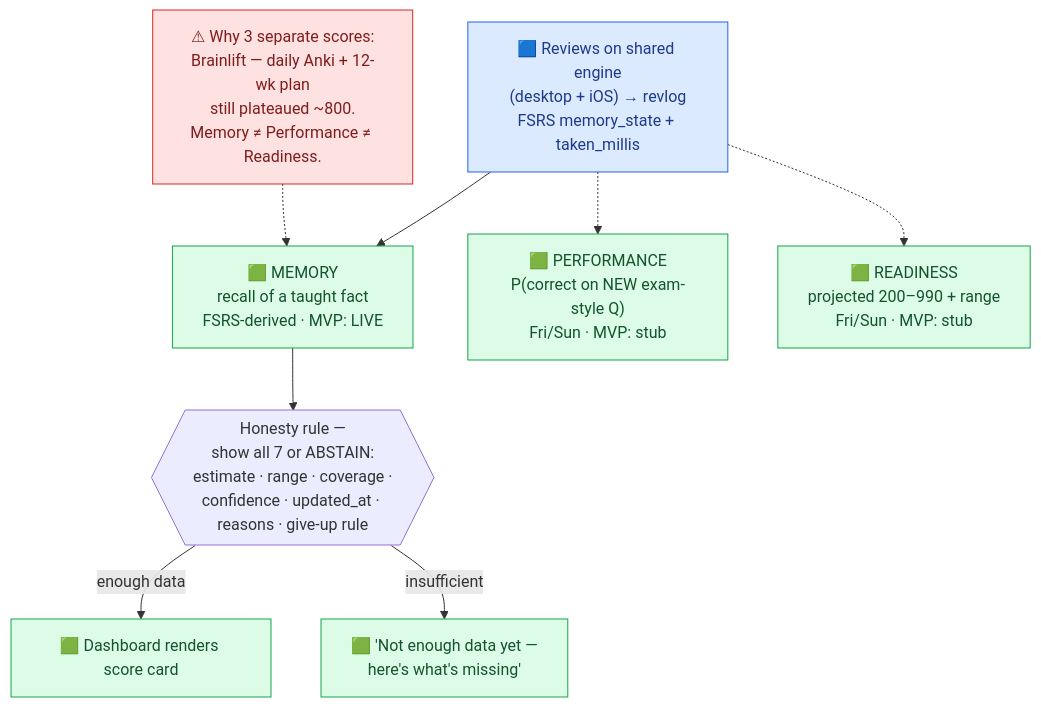
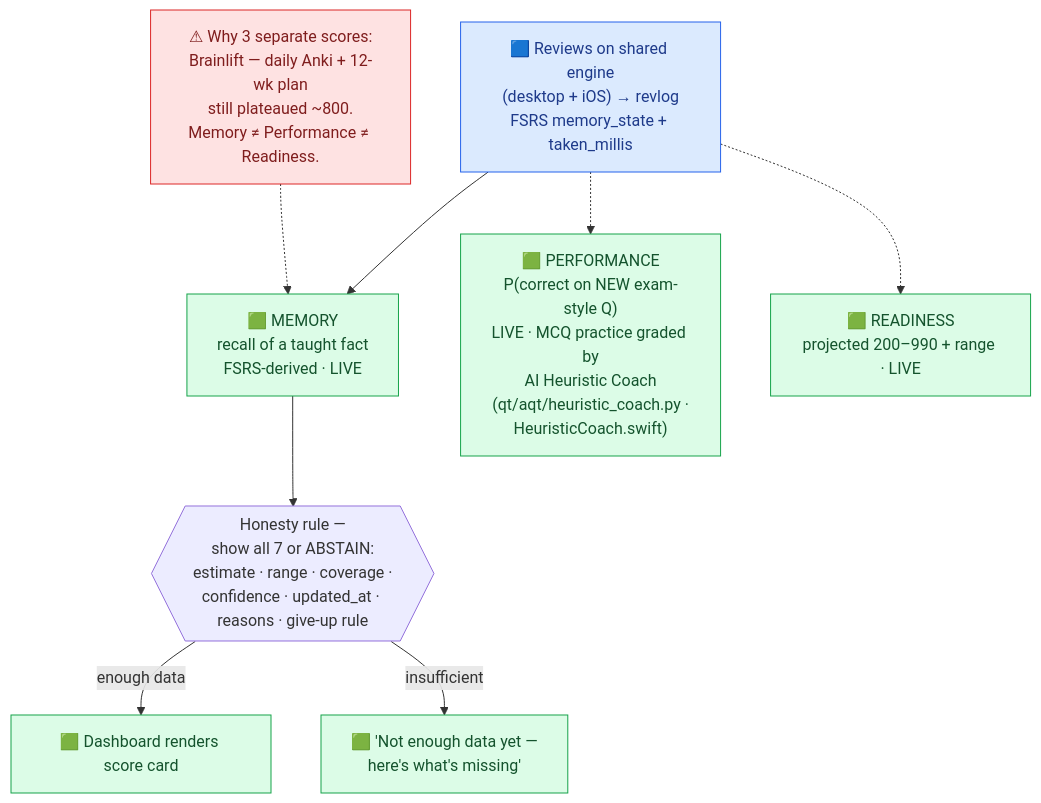
One commit to Gaurav-G141/anki changed the third of 5 diagrams in ARCHITECTURE_DIAGRAM.md. Above: the diagram before and after it, drawn with Mermaid. The commit also changed other lines of this file and 40 other files, not shown here.

````diff
--- a/ARCHITECTURE_DIAGRAM.md
+++ b/ARCHITECTURE_DIAGRAM.md
@@ -152,22 +152,22 @@
 ```mermaid
 flowchart TD
     REV["🟦 Reviews on shared engine<br/>(desktop + iOS) → revlog<br/>FSRS memory_state + taken_millis"]
 
-    REV --> MEM["🟩 MEMORY<br/>recall of a taught fact<br/>FSRS-derived · MVP: LIVE"]
-    REV -.-> PERF["🟩 PERFORMANCE<br/>P(correct on NEW exam-style Q)<br/>Fri/Sun · MVP: stub"]
-    REV -.-> READY["🟩 READINESS<br/>projected 200–990 + range<br/>Fri/Sun · MVP: stub"]
+    REV --> MEM["🟩 MEMORY<br/>recall of a taught fact<br/>FSRS-derived · LIVE"]
+    REV -.-> PERF["🟩 PERFORMANCE<br/>P(correct on NEW exam-style Q)<br/>LIVE · MCQ practice graded by<br/>AI Heuristic Coach<br/>(qt/aqt/heuristic_coach.py ·<br/>HeuristicCoach.swift)"]
+    REV -.-> READY["🟩 READINESS<br/>projected 200–990 + range · LIVE"]
 
     MEM --> HON{{"Honesty rule —<br/>show all 7 or ABSTAIN:<br/>estimate · range · coverage ·<br/>confidence · updated_at · reasons · give-up rule"}}
     HON -->|enough data| SHOW["🟩 Dashboard renders score card"]
     HON -->|insufficient| ABS["🟩 'Not enough data yet —<br/>here's what's missing'"]
 
     NOTE["⚠ Why 3 separate scores:<br/>Brainlift — daily Anki + 12-wk plan<br/>still plateaued ~800.<br/>Memory ≠ Performance ≠ Readiness."]
     NOTE -.-> MEM
 
     classDef new fill:#dcfce7,stroke:#16a34a,color:#14532d;
     classDef note fill:#fee2e2,stroke:#dc2626,color:#7f1d1d;
     classDef existing fill:#dbeafe,stroke:#2563eb,color:#1e3a8a;
     class MEM,PERF,READY,SHOW,ABS new;
     class REV existing;
     class NOTE note;
 ```
````
